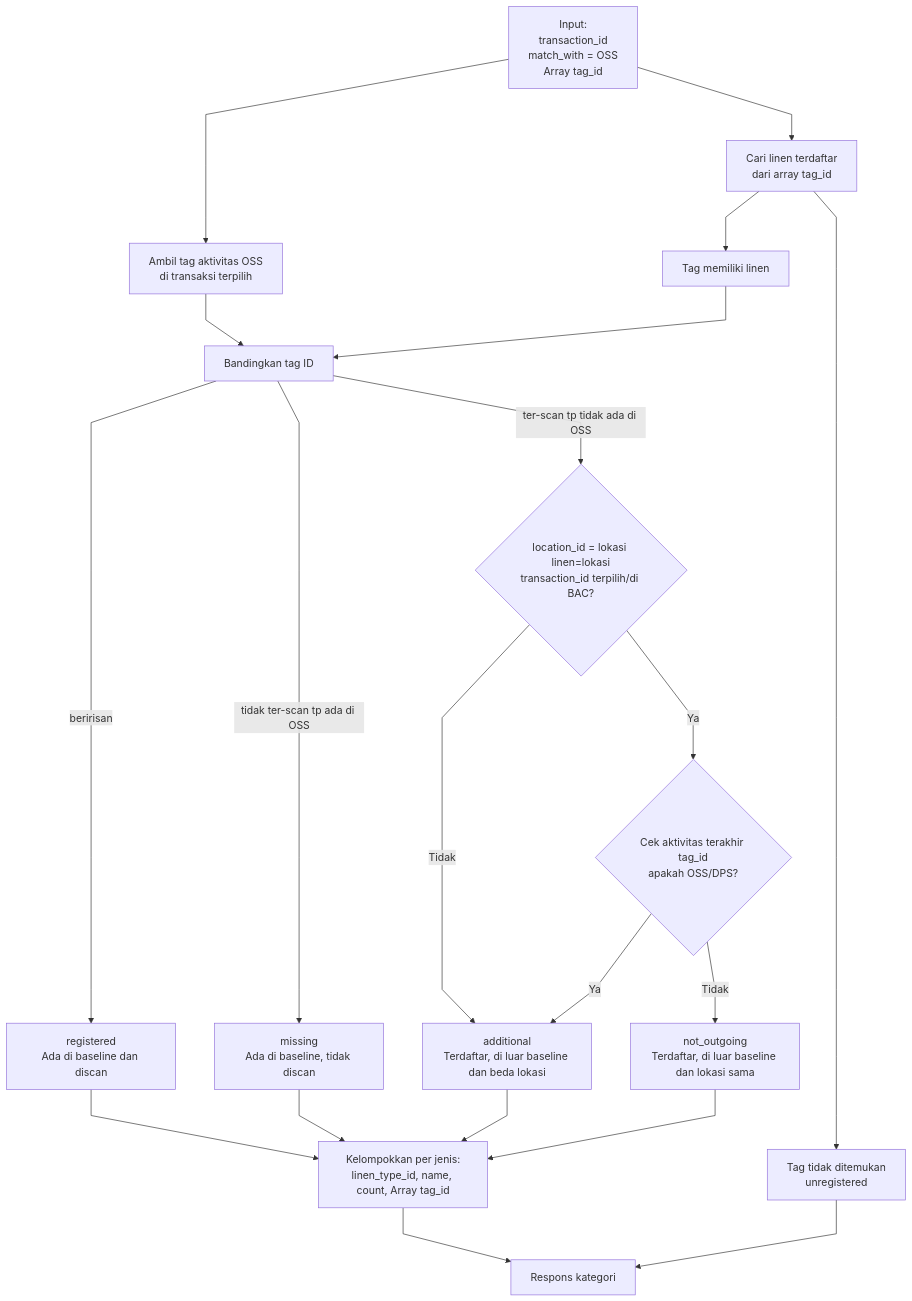
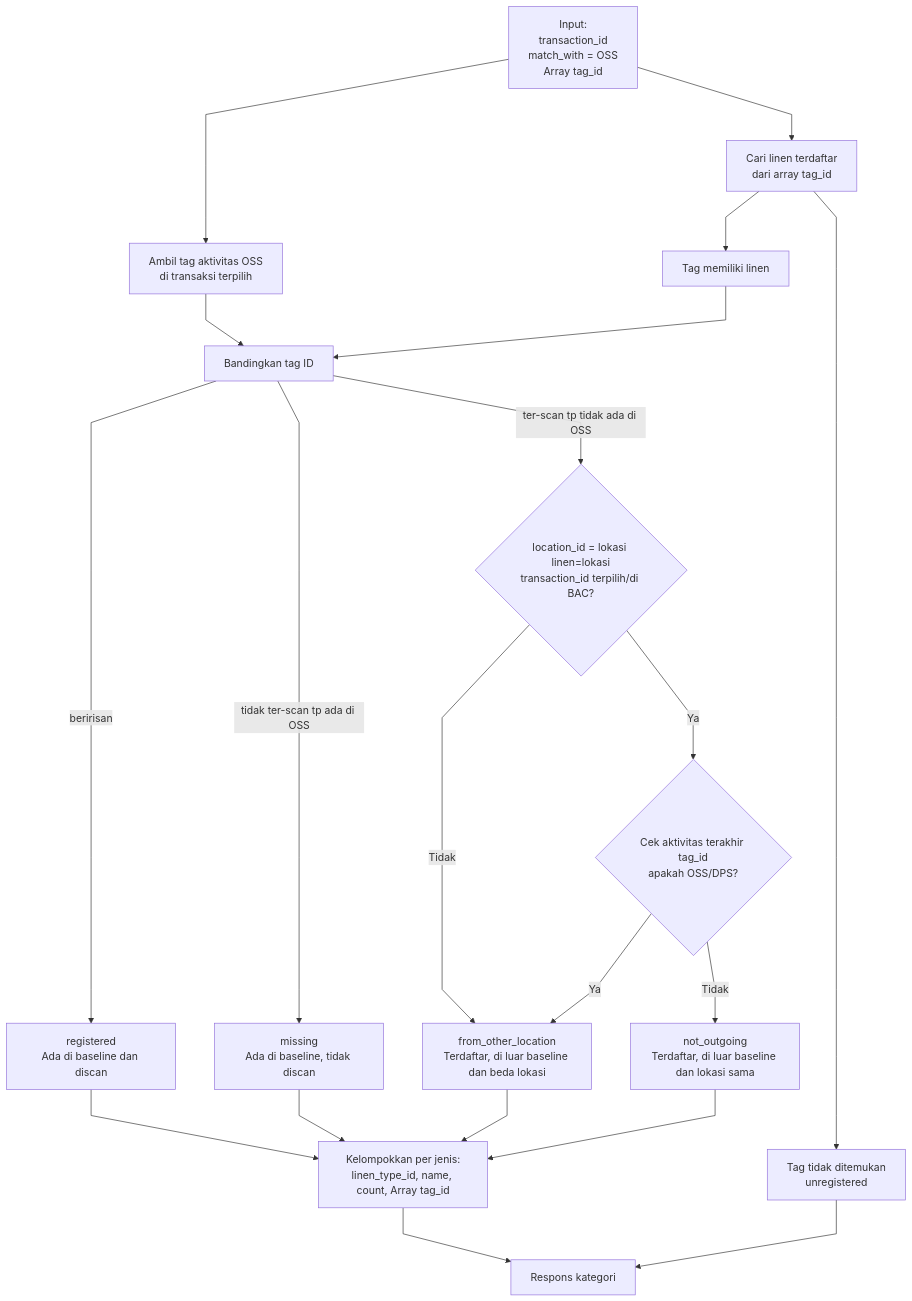
Before and after one commit to bagaskrmn/bac-flow-laundry: the second of 3 diagrams in laundry-activities/driver-pickup-soil.md, drawn with Mermaid.

````diff
--- a/laundry-activities/driver-pickup-soil.md
+++ b/laundry-activities/driver-pickup-soil.md
@@ -12,31 +12,31 @@
 ```mermaid
 %%{init: {'flowchart': {'curve': 'linear', 'nodeSpacing': 60, 'rankSpacing': 80, 'diagramPadding': 24}}}%%
 flowchart TD
     N_IN["Input:<br/>transaction_id<br/>match_with = OSS<br/>Array tag_id"]
 
     N_IN --> N_MASTER["Cari linen terdaftar<br/>dari array tag_id"]
     N_MASTER --> N_REGISTERED["Tag memiliki linen"]
     N_MASTER --> N_UNREG["Tag tidak ditemukan<br/>unregistered"]
 
     N_IN --> N_BASE["Ambil tag aktivitas OSS<br/>di transaksi terpilih"]
     N_BASE --> N_COMP["Bandingkan tag ID"]
     N_REGISTERED --> N_COMP
 
     N_COMP -->|beririsan| N_MATCH["registered<br/>Ada di baseline dan discan"]
     N_COMP --> |tidak ter-scan tp ada di OSS|N_MISS["missing<br/>Ada di baseline, tidak discan"]
     N_COMP --> |ter-scan tp tidak ada di OSS|N_CHECK_ADD{"location_id = lokasi linen=lokasi<br/>transaction_id terpilih/di BAC?"}
 
     N_CHECK_ADD -->|Ya| N_OSSDPS{"Cek aktivitas terakhir tag_id<br/>apakah OSS/DPS?"}
-    N_CHECK_ADD -->|Tidak| N_ADD["additional<br/>Terdaftar, di luar baseline dan beda lokasi"]
+    N_CHECK_ADD -->|Tidak| N_ADD["from_other_location<br/>Terdaftar, di luar baseline dan beda lokasi"]
     N_OSSDPS -->|Ya|N_ADD
     N_OSSDPS -->|Tidak| N_NOT_OUT["not_outgoing<br/>Terdaftar, di luar baseline dan lokasi sama"]
 
     N_MATCH --> N_GROUP["Kelompokkan per jenis:<br/>linen_type_id, name, count, Array tag_id"]
     N_MISS --> N_GROUP
     N_ADD --> N_GROUP
     N_NOT_OUT --> N_GROUP
     N_GROUP --> N_RES["Respons kategori"]
     N_UNREG --> N_RES
 
     class N_CHECK_ADD,N_NOT_OUT,N_OSSDPS danger
 ```
````
